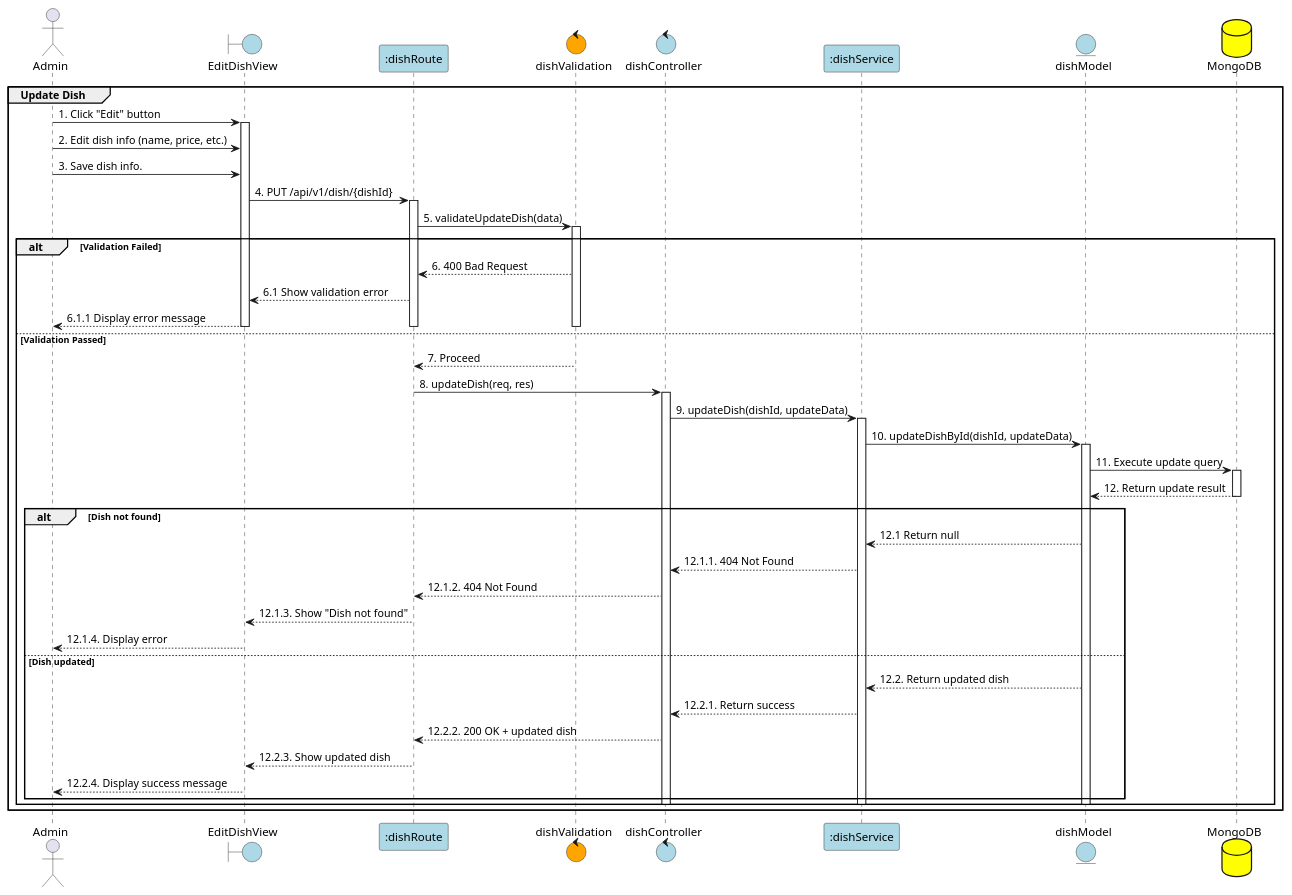
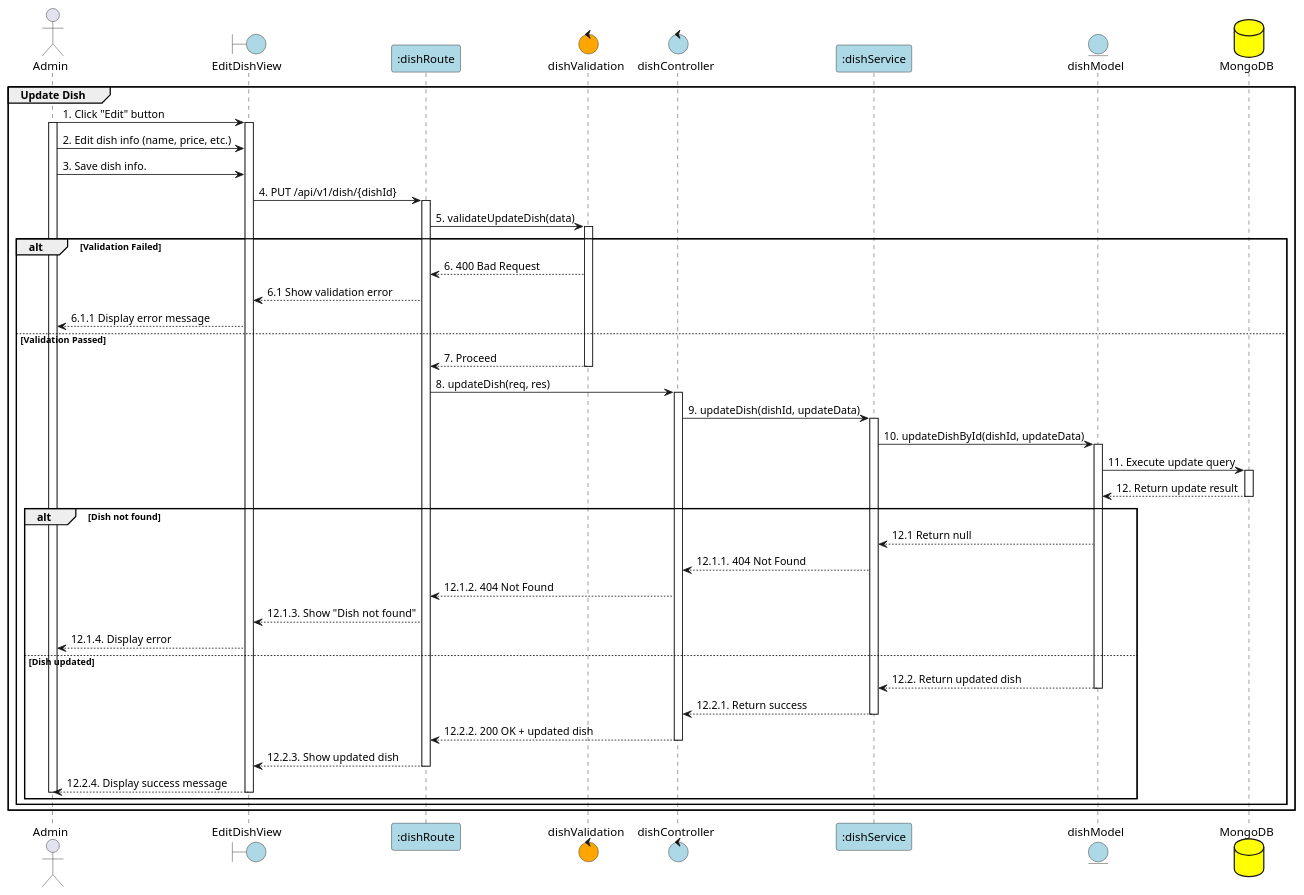
The diagram in PlanUML/18_updateDish.puml (Aohkne/CaloCook), drawn with PlantUML before and after one commit. The commit also changed 20 other files, not shown here.

Commit message:
fix(uml 15 -> 33 + 36): done

```diff
--- a/PlanUML/18_updateDish.puml
+++ b/PlanUML/18_updateDish.puml
@@ -1,70 +1,69 @@
 @startuml Update Dish
 
 actor Admin as "Admin"
 boundary "EditDishView" as View #lightblue
 participant ":dishRoute" as Route #lightblue
 control "dishValidation" as Validation #orange
 control "dishController" as Controller #lightblue
 participant ":dishService" as Service #lightblue
 entity "dishModel" as Model #lightblue
 database "MongoDB" as MongoDB #yellow
 
 group Update Dish
 Admin -> View: 1. Click "Edit" button
+activate Admin
 activate View
 Admin -> View: 2. Edit dish info (name, price, etc.)
 Admin -> View: 3. Save dish info.
 
 View -> Route: 4. PUT /api/v1/dish/{dishId}
 activate Route
 
 Route -> Validation: 5. validateUpdateDish(data)
 activate Validation
 
 alt Validation Failed
     Validation --> Route: 6. 400 Bad Request
     Route --> View: 6.1 Show validation error
     View --> Admin: 6.1.1 Display error message
-    deactivate Validation
-    deactivate Route
-    deactivate View
 else Validation Passed
     Validation --> Route: 7. Proceed
     deactivate Validation
 
     Route -> Controller: 8. updateDish(req, res)
     activate Controller
 
     Controller -> Service: 9. updateDish(dishId, updateData)
     activate Service
 
     Service -> Model: 10. updateDishById(dishId, updateData)
     activate Model
 
     Model -> MongoDB:11. Execute update query
     activate MongoDB
     MongoDB --> Model: 12. Return update result
     deactivate MongoDB
 
     alt Dish not found
         Model --> Service: 12.1 Return null
         Service --> Controller: 12.1.1. 404 Not Found
         Controller --> Route: 12.1.2. 404 Not Found
         Route --> View: 12.1.3. Show "Dish not found"
         View --> Admin: 12.1.4. Display error
     else Dish updated
         Model --> Service: 12.2. Return updated dish
+        deactivate Model
         Service --> Controller: 12.2.1. Return success
+        deactivate Service
         Controller --> Route: 12.2.2. 200 OK + updated dish
+        deactivate Controller
         Route --> View: 12.2.3. Show updated dish
+        deactivate Route
         View --> Admin: 12.2.4. Display success message
+        deactivate View 
+        deactivate Admin 
     end
 
-    deactivate Model
-    deactivate Service
-    deactivate Controller
-    deactivate Route
-    deactivate View
 end
 end
 @enduml
```
